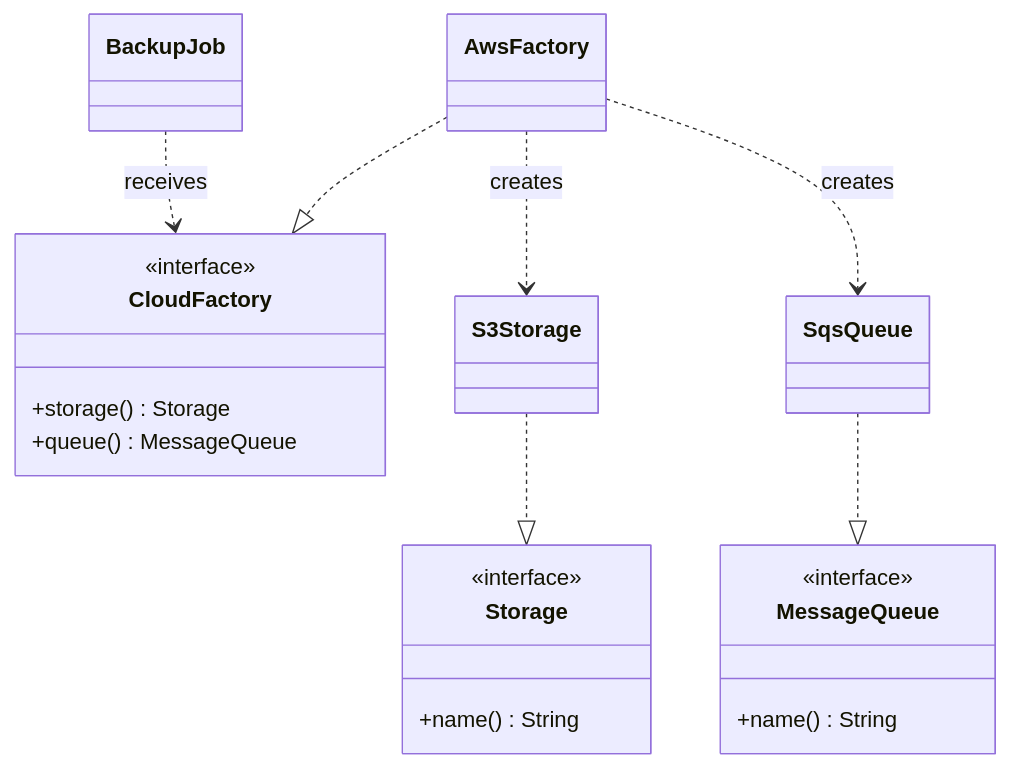
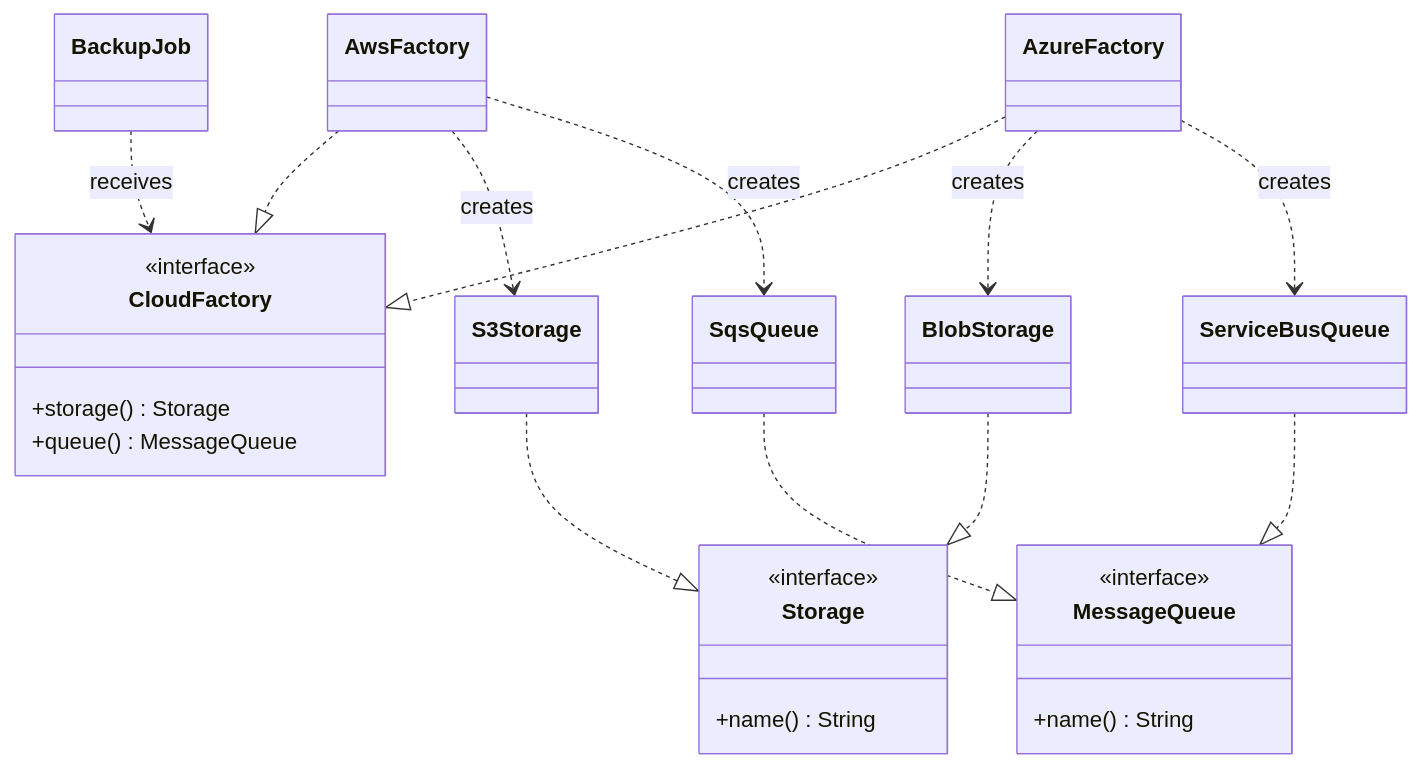
Before and after one commit to pvisanhash/toStudyCode: the eighth of 33 diagrams in Note/DesignPattern设计模式学习/23种设计模式精讲.md, drawn with Mermaid. The commit also changed other lines of this file and 9 other files, not shown here.

````diff
--- a/Note/DesignPattern设计模式学习/23种设计模式精讲.md
+++ b/Note/DesignPattern设计模式学习/23种设计模式精讲.md
@@ -585,27 +664,35 @@
 ```mermaid
 classDiagram
     class Storage {
         <<interface>>
         +name() String
     }
     class MessageQueue {
         <<interface>>
         +name() String
     }
     class CloudFactory {
         <<interface>>
         +storage() Storage
         +queue() MessageQueue
     }
     class AwsFactory
+    class AzureFactory
     class S3Storage
     class SqsQueue
+    class BlobStorage
+    class ServiceBusQueue
     class BackupJob
 
     AwsFactory ..|> CloudFactory
+    AzureFactory ..|> CloudFactory
     S3Storage ..|> Storage
     SqsQueue ..|> MessageQueue
+    BlobStorage ..|> Storage
+    ServiceBusQueue ..|> MessageQueue
     AwsFactory ..> S3Storage : creates
     AwsFactory ..> SqsQueue : creates
+    AzureFactory ..> BlobStorage : creates
+    AzureFactory ..> ServiceBusQueue : creates
     BackupJob ..> CloudFactory : receives
 ```
````
